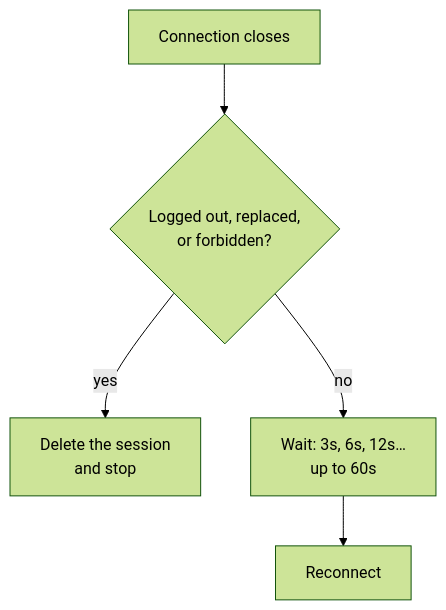
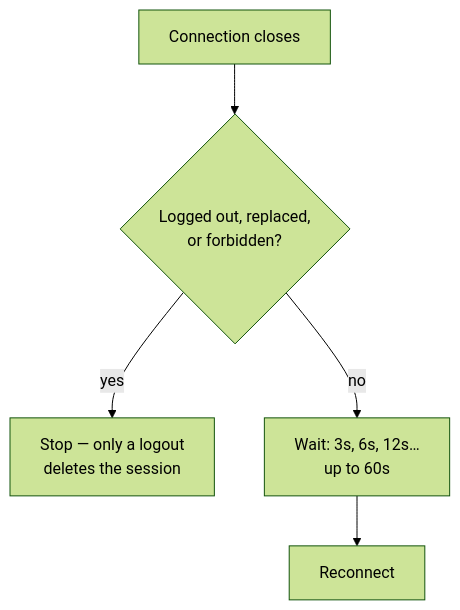
One commit to zeative/zaileys changed the diagram in docs/whatsapp-web.mdx. Above: the diagram before and after it, drawn with Mermaid (forest theme). The commit also changed other lines of this file and 18 other files, not shown here.

````diff
--- a/docs/whatsapp-web.mdx
+++ b/docs/whatsapp-web.mdx
@@ -223,7 +223,7 @@
 ```mermaid
 flowchart TD
   close["Connection closes"] --> fatal{"Logged out, replaced,<br/>or forbidden?"}
-  fatal -->|yes| stop["Delete the session<br/>and stop"]
+  fatal -->|yes| stop["Stop — only a logout<br/>deletes the session"]
   fatal -->|no| wait["Wait: 3s, 6s, 12s…<br/>up to 60s"]
   wait --> reconnect["Reconnect"]
 ```
````
